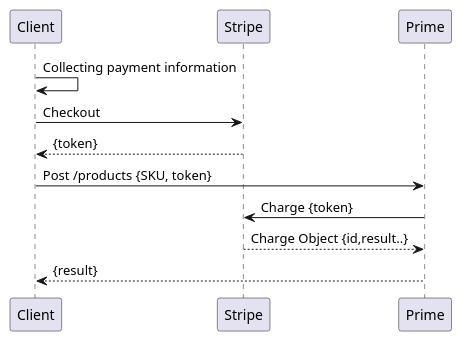
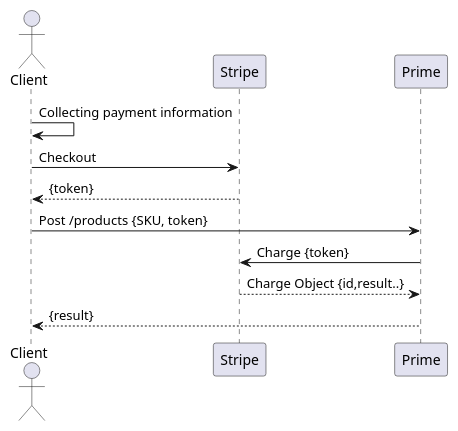
The diagram in payment-processor/doc/puml/purchase-flow.puml (ostelco/ostelco-core), drawn with PlantUML before and after one commit. The commit also changed 1 other file, not shown here.

Commit message:
Make client into a stick figure

```diff
--- a/payment-processor/doc/puml/purchase-flow.puml
+++ b/payment-processor/doc/puml/purchase-flow.puml
@@ -1,11 +1,11 @@
 @startuml
-
+actor Client
 Client -> Client : Collecting payment information
 Client -> Stripe : Checkout
 Stripe --> Client: {token}
 Client -> Prime: Post /products {SKU, token}
 Prime -> Stripe: Charge {token}
 Stripe --> Prime: Charge Object {id,result..}
 Prime --> Client: {result}
 
 @enduml
```
